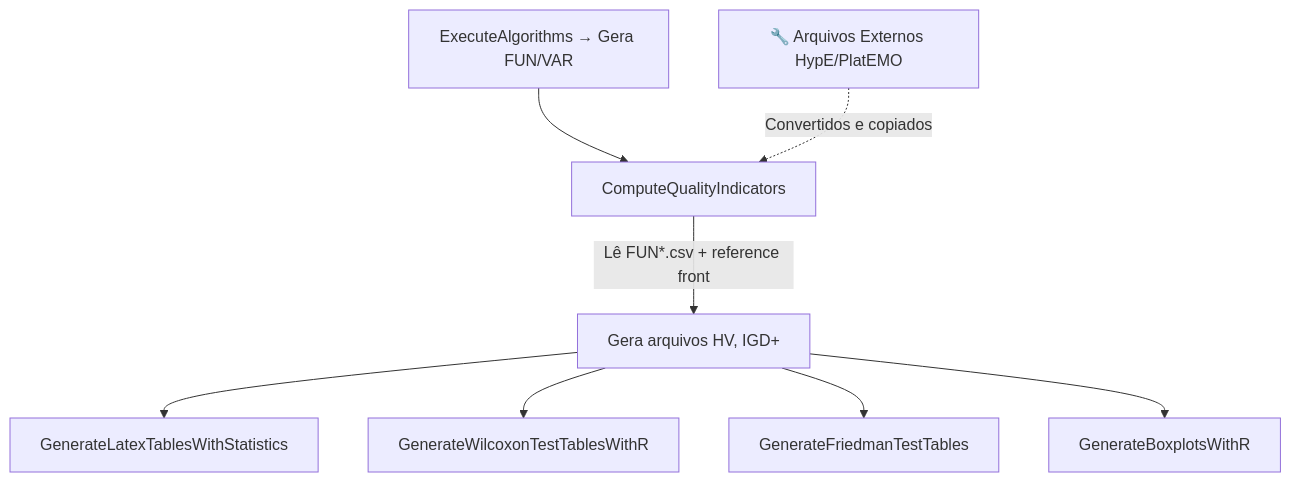
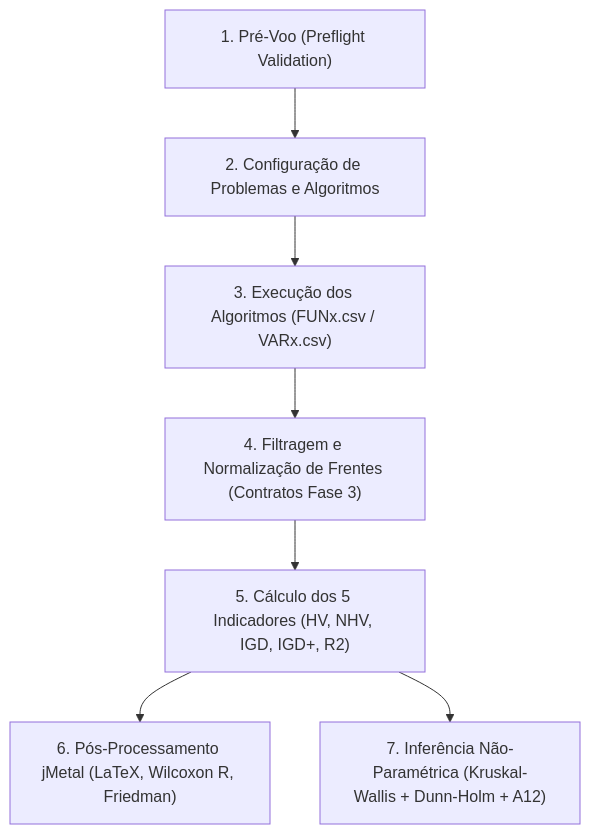
Before and after one commit to vyctor922/HyperMOEA: the diagram in docs/pipeline-pos_processamento.md, drawn with Mermaid. The commit also changed other lines of this file and 36 other files, not shown here.

````diff
--- a/docs/pipeline-pos_processamento.md
+++ b/docs/pipeline-pos_processamento.md
@@ -53,11 +25,9 @@
 ```mermaid
 flowchart TD
-    A["ExecuteAlgorithms → Gera FUN/VAR"] --> B["ComputeQualityIndicators"]
-    B --> |"Lê FUN*.csv + reference front"| C["Gera arquivos HV, IGD+"]
-    C --> D["GenerateLatexTablesWithStatistics"]
-    C --> E["GenerateWilcoxonTestTablesWithR"]
-    C --> F["GenerateFriedmanTestTables"]
-    C --> G["GenerateBoxplotsWithR"]
-    
-    H["🔧 Arquivos Externos HypE/PlatEMO"] -.-> |"Convertidos e copiados"| B
+    A["1. Pré-Voo (Preflight Validation)"] --> B["2. Configuração de Problemas e Algoritmos"]
+    B --> C["3. Execução dos Algoritmos (FUNx.csv / VARx.csv)"]
+    C --> D["4. Filtragem e Normalização de Frentes (Contratos Fase 3)"]
+    D --> E["5. Cálculo dos 5 Indicadores (HV, NHV, IGD, IGD+, R2)"]
+    E --> F["6. Pós-Processamento jMetal (LaTeX, Wilcoxon R, Friedman)"]
+    E --> G["7. Inferência Não-Paramétrica (Kruskal-Wallis + Dunn-Holm + A12)"]
 ```
````
